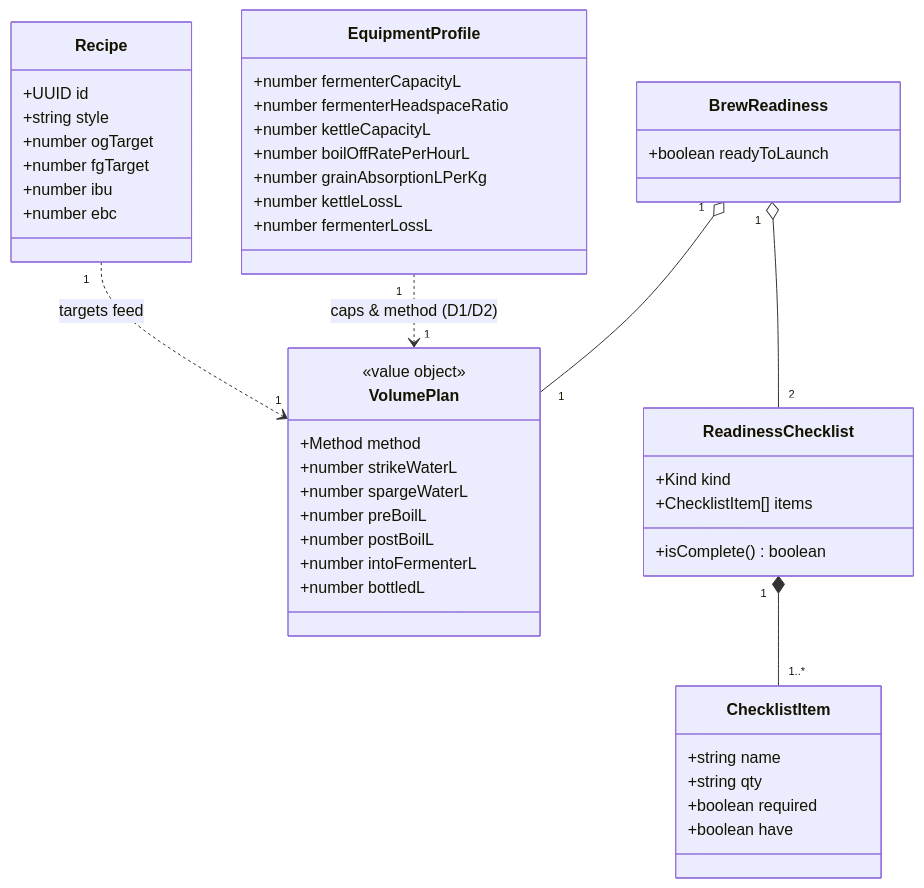
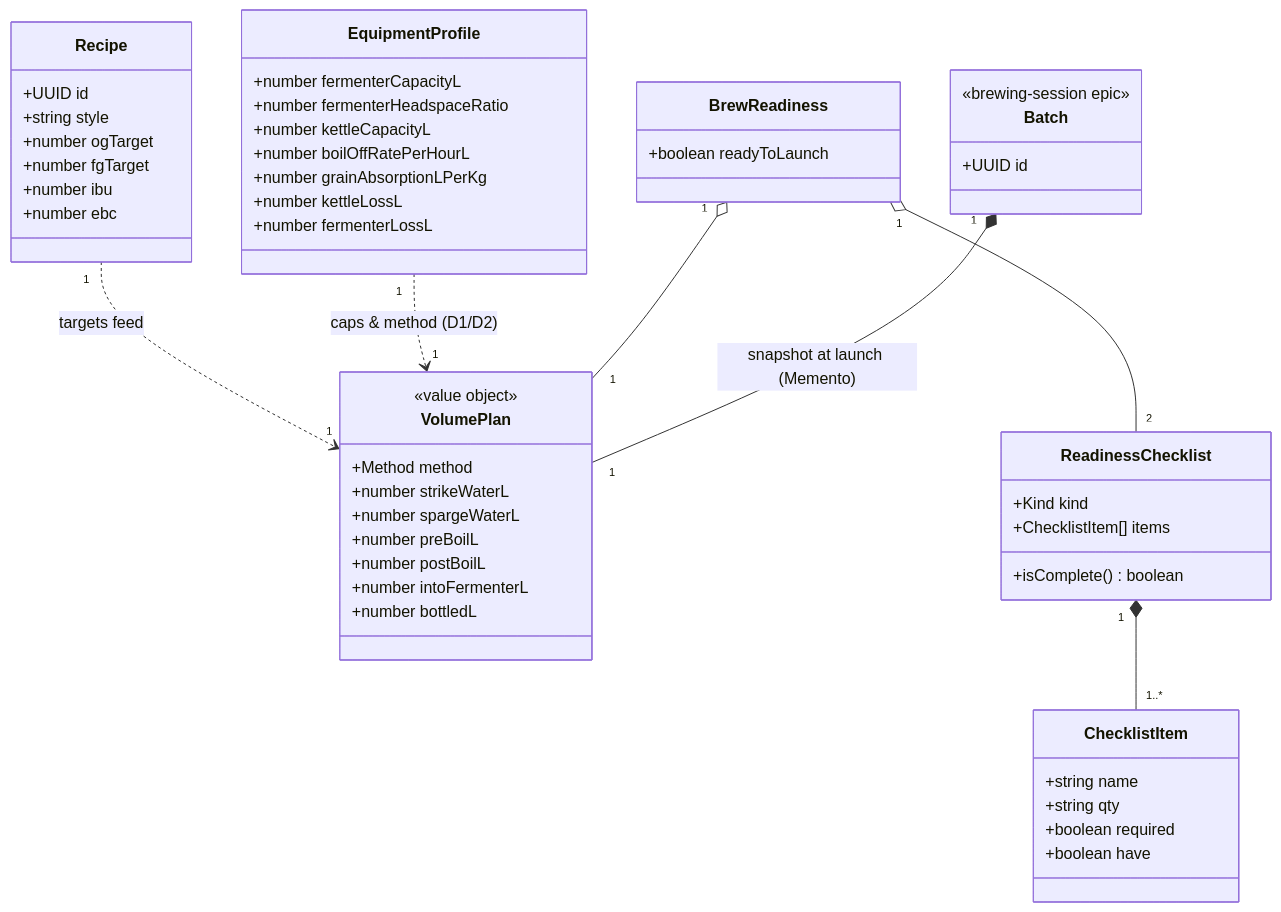
Before and after one commit to benoit-bremaud/brasse-bouillon: the diagram in docs/architecture/diagrams/brew-prep/04-class.md, drawn with Mermaid. The commit also changed other lines of this file, not shown here.

Commit message:
docs(brew-prep): show Batch as the snapshot (Memento) target on the class diagram
CodeRabbit nitpick: make the persistence contract explicit. Add a minimal Batch
stub (owned by the brewing-session epic / phase B, out of scope here) with a
composition to VolumePlan labelled 'snapshot at launch (Memento)', so the D3
snapshot target is visible without pulling phase-B detail in.

````diff
--- a/docs/architecture/diagrams/brew-prep/04-class.md
+++ b/docs/architecture/diagrams/brew-prep/04-class.md
@@ -14,49 +14,54 @@
 ```mermaid
 classDiagram
   class Recipe {
     +UUID id
     +string style
     +number ogTarget
     +number fgTarget
     +number ibu
     +number ebc
   }
   class EquipmentProfile {
     +number fermenterCapacityL
     +number fermenterHeadspaceRatio
     +number kettleCapacityL
     +number boilOffRatePerHourL
     +number grainAbsorptionLPerKg
     +number kettleLossL
     +number fermenterLossL
   }
   class VolumePlan {
     <<value object>>
     +Method method
     +number strikeWaterL
     +number spargeWaterL
     +number preBoilL
     +number postBoilL
     +number intoFermenterL
     +number bottledL
   }
   class ChecklistItem {
     +string name
     +string qty
     +boolean required
     +boolean have
   }
   class ReadinessChecklist {
     +Kind kind
     +ChecklistItem[] items
     +isComplete() boolean
   }
   class BrewReadiness {
     +boolean readyToLaunch
   }
+  class Batch {
+    <<brewing-session epic>>
+    +UUID id
+  }
   Recipe "1" ..> "1" VolumePlan : targets feed
   EquipmentProfile "1" ..> "1" VolumePlan : caps & method (D1/D2)
   BrewReadiness "1" o-- "1" VolumePlan
   BrewReadiness "1" o-- "2" ReadinessChecklist
   ReadinessChecklist "1" *-- "1..*" ChecklistItem
+  Batch "1" *-- "1" VolumePlan : snapshot at launch (Memento)
 ```
````
